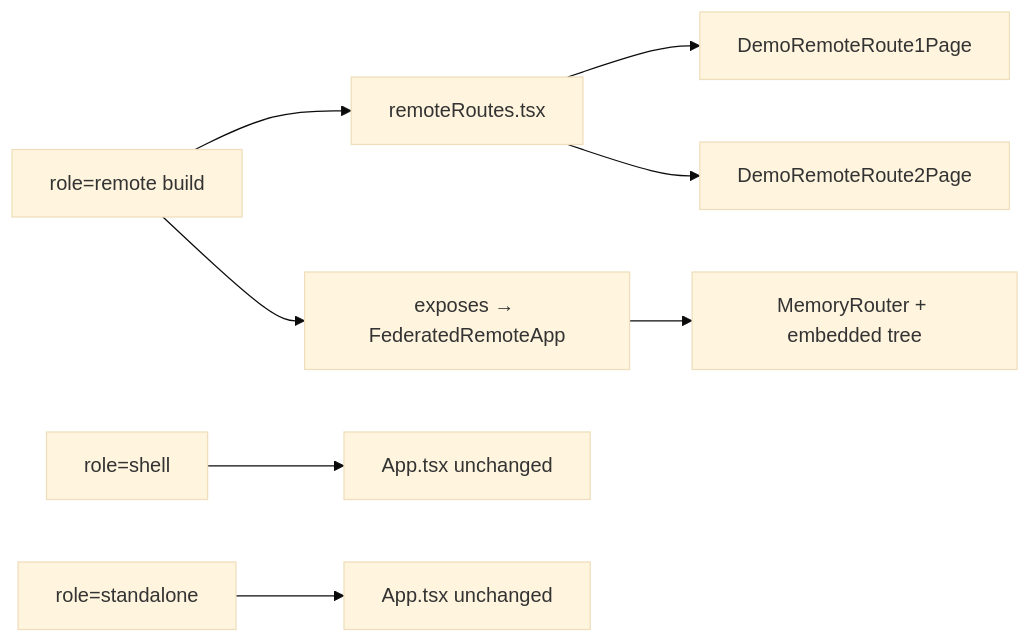
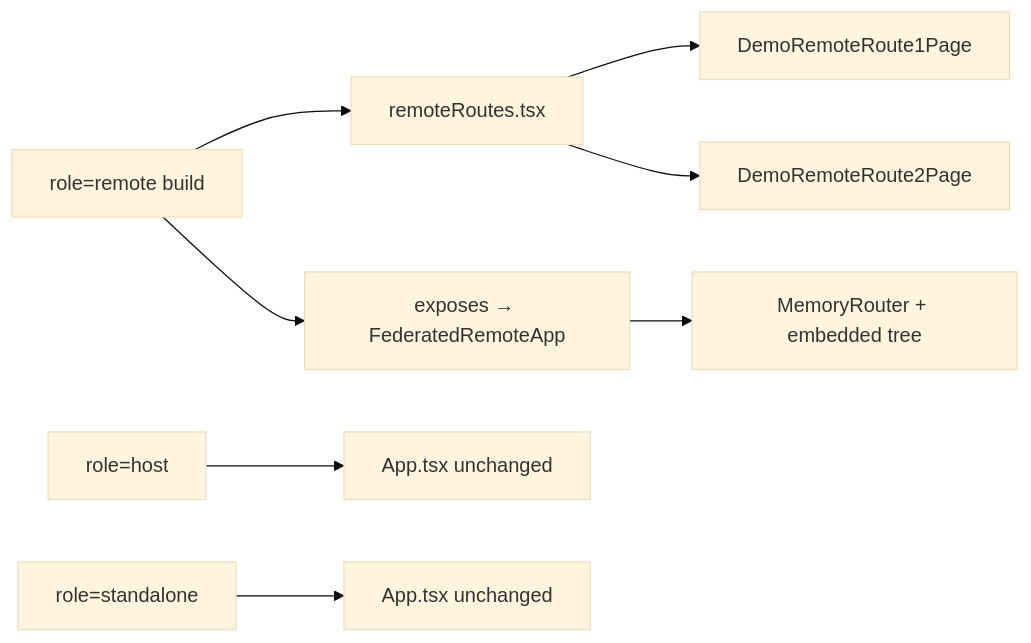
Before and after one commit to ikikika/learning: the diagram in react/starter-mfe/specs/003-demo-remote-routes/plan.md, drawn with Mermaid (base theme). The commit also changed other lines of this file and 81 other files, not shown here.

````diff
--- a/react/starter-mfe/specs/003-demo-remote-routes/plan.md
+++ b/react/starter-mfe/specs/003-demo-remote-routes/plan.md
@@ -47,10 +47,10 @@
 ```mermaid
 flowchart LR
   remoteRole["role=remote build"] --> remoteRoutes["remoteRoutes.tsx"]
   remoteRoutes --> r1["DemoRemoteRoute1Page"]
   remoteRoutes --> r2["DemoRemoteRoute2Page"]
   remoteRole --> expose["exposes → FederatedRemoteApp"]
   expose --> memory["MemoryRouter + embedded tree"]
-  shellRole["role=shell"] --> shellApp["App.tsx unchanged"]
+  hostRole["role=host"] --> hostApp["App.tsx unchanged"]
   standaloneRole["role=standalone"] --> standaloneApp["App.tsx unchanged"]
 ```
````
